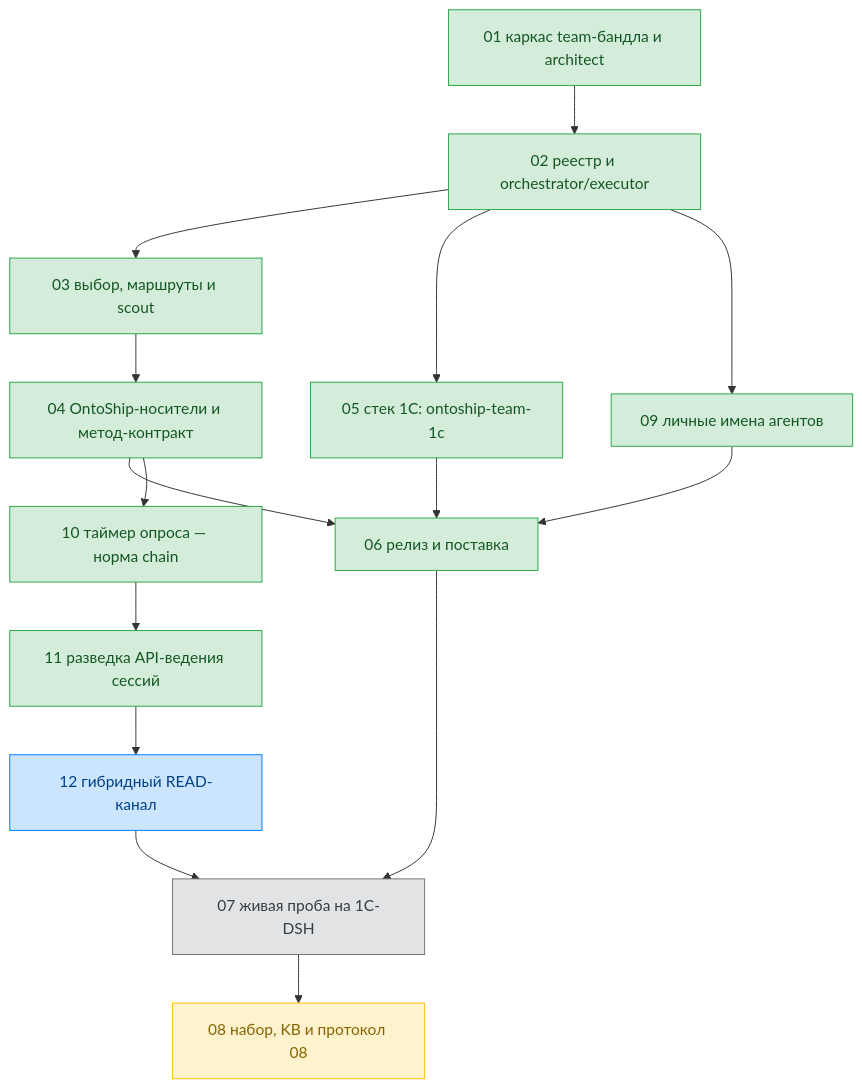
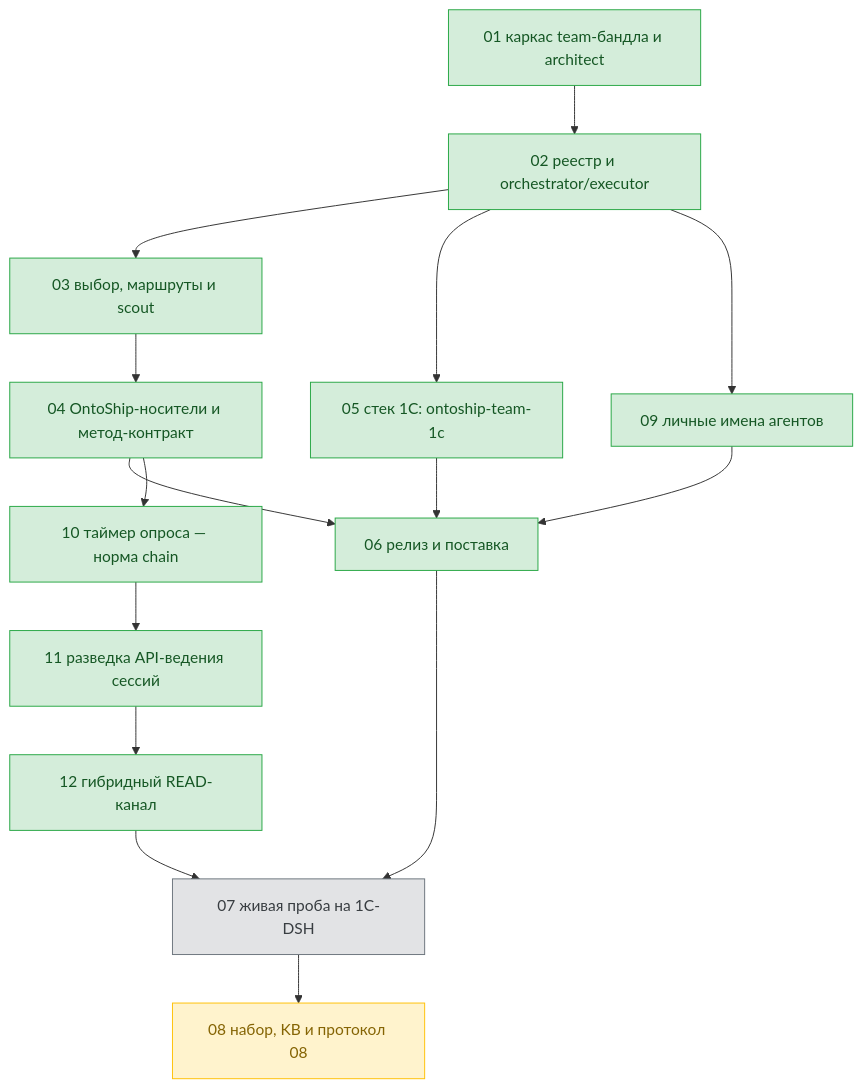
One commit to ntin60775/ontoship-ntin changed the diagram in tickets/team-profiles/dag.md. Above: the diagram before and after it, drawn with Mermaid. The commit also changed other lines of this file and 5 other files, not shown here.

````diff
--- a/tickets/team-profiles/dag.md
+++ b/tickets/team-profiles/dag.md
@@ -11,40 +11,39 @@
 ```mermaid
 flowchart TD
   T01["01 каркас team-бандла и architect"]
   T02["02 реестр и orchestrator/executor"]
   T03["03 выбор, маршруты и scout"]
   T04["04 OntoShip-носители и метод-контракт"]
   T05["05 стек 1C: ontoship-team-1c"]
   T06["06 релиз и поставка"]
   T07["07 живая проба на 1C-DSH"]
   T08["08 набор, KB и протокол 08"]
   T09["09 личные имена агентов"]
   T10["10 таймер опроса — норма chain"]
   T11["11 разведка API-ведения сессий"]
   T12["12 гибридный READ-канал"]
 
   T01 --> T02
   T02 --> T03
   T02 --> T05
   T02 --> T09
   T03 --> T04
   T04 --> T06
   T04 --> T10
   T05 --> T06
   T09 --> T06
   T06 --> T07
   T10 --> T11
   T11 --> T12
   T12 --> T07
   T07 --> T08
 
   classDef done fill:#d4edda,stroke:#28a745,color:#155724;
   classDef running fill:#cce5ff,stroke:#007bff,color:#004085;
   classDef pending fill:#e2e3e5,stroke:#6c757d,color:#383d41;
   classDef waiting fill:#fff3cd,stroke:#ffc107,color:#856404;
 
-  class T01,T02,T03,T04,T05,T06,T09,T10,T11 done;
-  class T12 running;
+  class T01,T02,T03,T04,T05,T06,T09,T10,T11,T12 done;
   class T07 pending;
   class T08 waiting;
 ```
````
